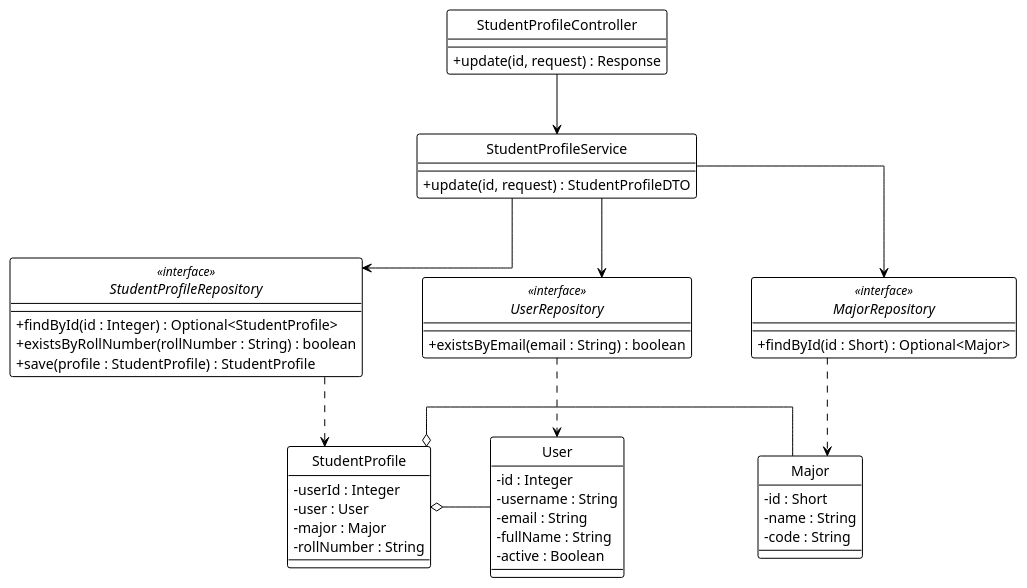
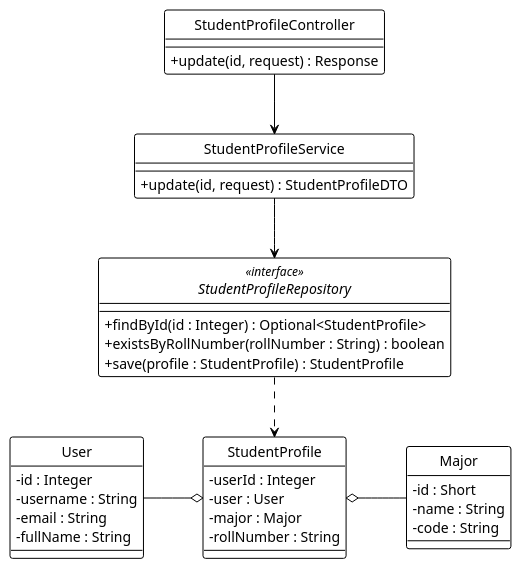
One commit to Ndh474/context changed the diagram in system_detailed_design/45_update_student/class_diagram_update_student.puml. Above: the diagram before and after it, drawn with PlantUML. The commit also changed 10 other files, not shown here.

```diff
--- a/system_detailed_design/45_update_student/class_diagram_update_student.puml
+++ b/system_detailed_design/45_update_student/class_diagram_update_student.puml
@@ -1,73 +1,60 @@
 @startuml update_student
 !theme plain
 hide circle
 skinparam classAttributeIconSize 0
 
 ' --- CẤU HÌNH "ORTHO" (BẮT BUỘC) ---
 skinparam linetype ortho
 skinparam nodesep 60
 skinparam ranksep 60
 
 ' --- CONTROLLER ---
 class StudentProfileController {
   + update(id, request) : Response
 }
 
 ' --- SERVICE ---
 class StudentProfileService {
   + update(id, request) : StudentProfileDTO
 }
 
 ' --- REPOSITORY ---
 interface StudentProfileRepository <<interface>> {
   + findById(id : Integer) : Optional<StudentProfile>
   + existsByRollNumber(rollNumber : String) : boolean
   + save(profile : StudentProfile) : StudentProfile
 }
 
-interface UserRepository <<interface>> {
-  + existsByEmail(email : String) : boolean
-}
-
-interface MajorRepository <<interface>> {
-  + findById(id : Short) : Optional<Major>
-}
-
 ' --- ENTITIES ---
 class StudentProfile {
   - userId : Integer
   - user : User
   - major : Major
   - rollNumber : String
 }
 
 class User {
   - id : Integer
   - username : String
   - email : String
   - fullName : String
-  - active : Boolean
 }
 
 class Major {
   - id : Short
   - name : String
   - code : String
 }
 
 ' --- DEPENDENCY INJECTION (Association) ---
 StudentProfileController -down-> StudentProfileService
 StudentProfileService -down-> StudentProfileRepository
-StudentProfileService -down-> UserRepository
-StudentProfileService -down-> MajorRepository
 
 ' --- REPOSITORY USAGE (Dependency) ---
 StudentProfileRepository .down.> StudentProfile
-UserRepository .down.> User
-MajorRepository .down.> Major
 
 ' --- ENTITY RELATIONSHIPS (Aggregation) ---
-StudentProfile o-right- User
+StudentProfile o-left- User
 StudentProfile o-right- Major
 
 @enduml
```
